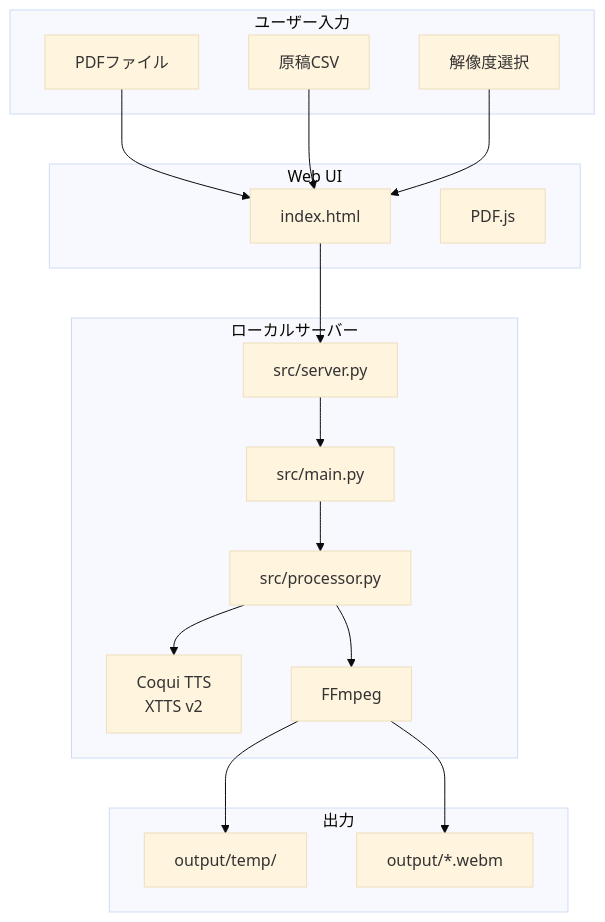
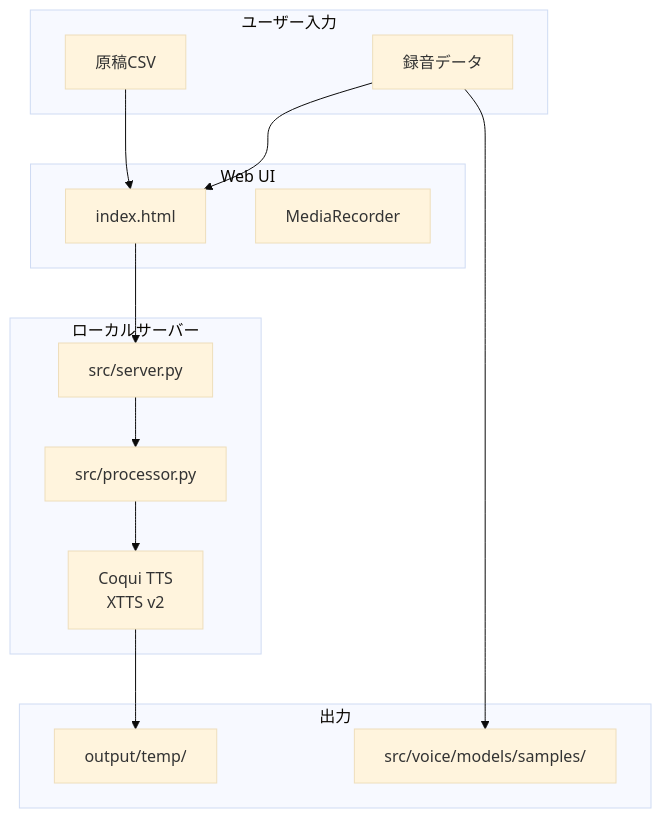
The second of 5 diagrams in docs/完全仕様書.md (J1921604/MyVoice-Maker), drawn with Mermaid (base theme) before and after one commit. The commit also changed other lines of this file and 8 other files, not shown here.

````diff
--- a/docs/完全仕様書.md
+++ b/docs/完全仕様書.md
@@ -101,37 +93,31 @@
 ```mermaid
 flowchart TB
     subgraph ユーザー入力
-        PDF[PDFファイル]
         CSV[原稿CSV]
-        RES[解像度選択]
+        REC[録音データ]
     end
 
     subgraph ローカルサーバー
         SERVER[src/server.py]
-        MAIN[src/main.py]
         PROC[src/processor.py]
         TTS[Coqui TTS<br/>XTTS v2]
-        FFMPEG[FFmpeg]
     end
 
     subgraph Web UI
         HTML[index.html]
-        PDFJS[PDF.js]
+        RECORDER[MediaRecorder]
     end
 
     subgraph 出力
         TEMP[output/temp/]
-        WEBM[output/*.webm]
+        SAMPLES[src/voice/models/samples/]
     end
 
-    PDF --> HTML
     CSV --> HTML
-    RES --> HTML
+    REC --> HTML
     HTML --> SERVER
-    SERVER --> MAIN
-    MAIN --> PROC
+    SERVER --> PROC
     PROC --> TTS
-    PROC --> FFMPEG
-    FFMPEG --> TEMP
-    FFMPEG --> WEBM
+    TTS --> TEMP
+    REC --> SAMPLES
 ```
````
